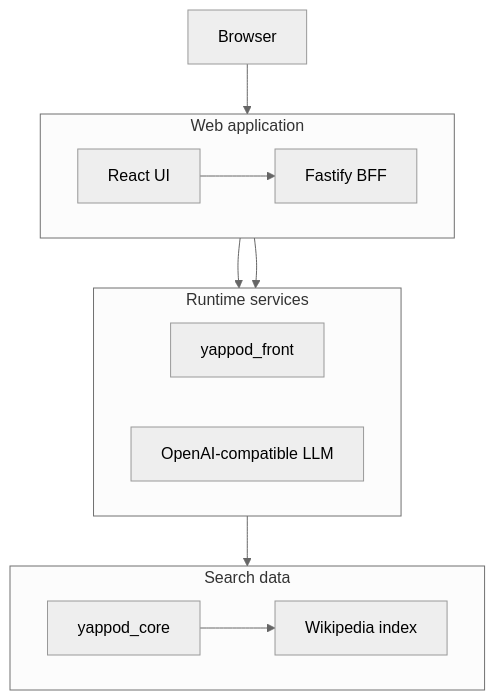
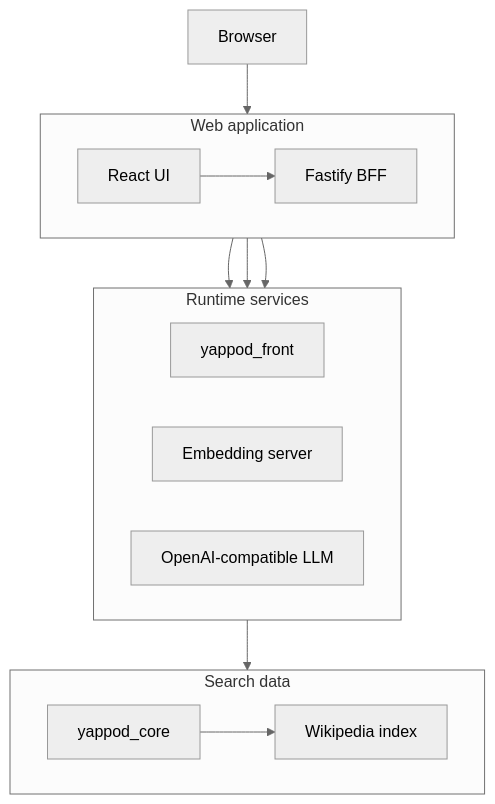
One commit to yappo/yappod2 changed the second of 2 diagrams in examples/wikipedia-search/README.md. Above: the diagram before and after it, drawn with Mermaid (neutral theme). The commit also changed other lines of this file and 31 other files, not shown here.

````diff
--- a/examples/wikipedia-search/README.md
+++ b/examples/wikipedia-search/README.md
@@ -175,26 +178,28 @@
 ```mermaid
 flowchart TB
   browser["Browser"]
 
   subgraph application["Web application"]
     direction LR
     ui["React UI"]
     bff["Fastify BFF"]
   end
 
   subgraph services["Runtime services"]
     direction LR
     front["yappod_front"]
+    embedding["Embedding server"]
     llm["OpenAI-compatible LLM"]
   end
 
   subgraph search["Search data"]
     direction LR
     core["yappod_core"]
     index["Wikipedia index"]
   end
 
   browser --> ui --> bff
   bff --> front --> core --> index
+  bff --> embedding
   bff --> llm
 ```
````
